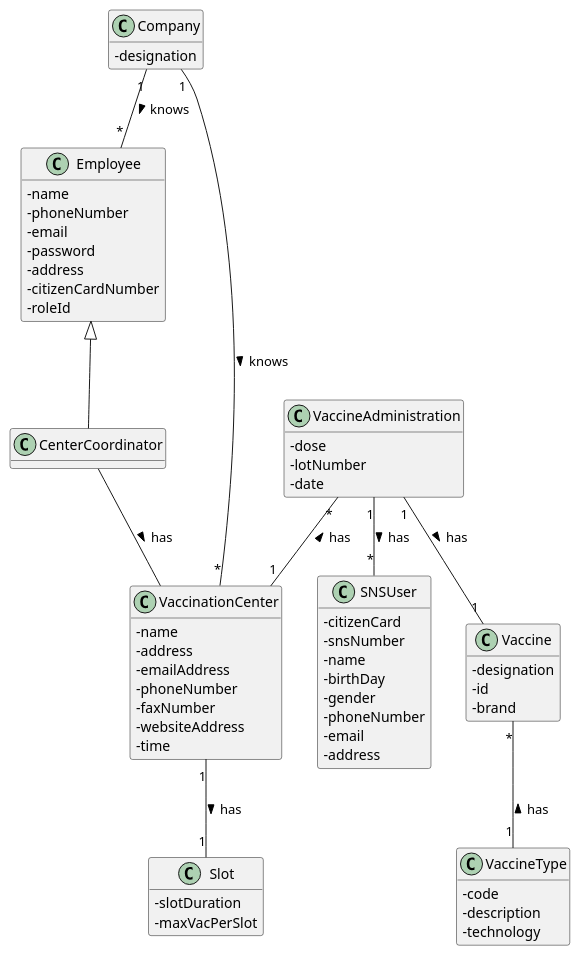
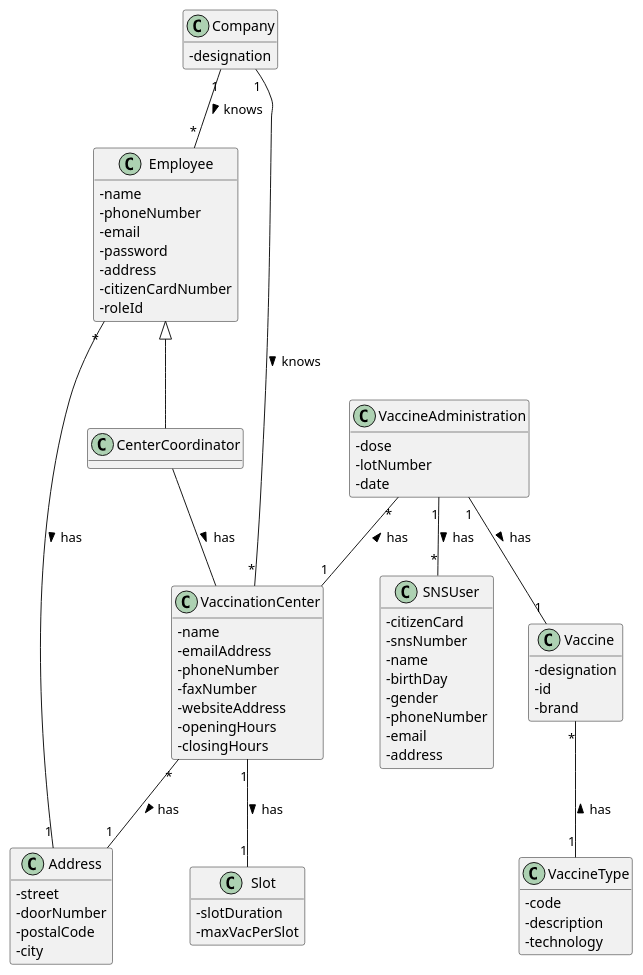
The diagram in docs/SprintD/US15/DM/US15_DM.puml (miseEnPlace-i/lapr2), drawn with PlantUML before and after one commit. The commit also changed 1 other file, not shown here.

Commit message:
docs(US15): updated DM (added Address class) and added new DM.svg

```diff
--- a/docs/SprintD/US15/DM/US15_DM.puml
+++ b/docs/SprintD/US15/DM/US15_DM.puml
@@ -1,79 +1,88 @@
 @startuml US15_DM
 hide methods
 skinparam classAttributeIconSize 0
 
 class Company {
   -designation
 }
 
 class CenterCoordinator {}
 
 class Employee {
   -name
   -phoneNumber
   -email
   -password
   -address
   -citizenCardNumber
   -roleId
 }
 
 class VaccinationCenter{
   -name
-  -address
   -emailAddress
   -phoneNumber
   -faxNumber
   -websiteAddress
-  -time
+  -openingHours
+  -closingHours
+}
+
+class Address {
+  -street
+  -doorNumber
+  -postalCode
+  -city
 }
 
 class Slot {
   -slotDuration
   -maxVacPerSlot
 }
 
 class VaccineAdministration {
   -dose
   -lotNumber
   -date
 }
 
 class SNSUser {
   - citizenCard
   - snsNumber
   - name
   - birthDay
   - gender
   - phoneNumber
   - email
   - address
 }
 
 class Vaccine {
   -designation
   -id
   -brand
 }
 
 class VaccineType {
   -code 
   -description
   -technology
 }
 
 Company "1" -- "*" Employee : knows >
 Company "1" -- "*" VaccinationCenter : knows >
 
 Employee <|-- CenterCoordinator
+Employee "*" -- "1" Address : has >
 
 CenterCoordinator -- VaccinationCenter : has >
 
 VaccinationCenter "1"-- "1" Slot : has >
+VaccinationCenter "*" -- "1" Address : has >
 
 VaccineAdministration "*" -- "1" VaccinationCenter : has <
 VaccineAdministration "1" -- "*" SNSUser : has >
 VaccineAdministration "1" -- "1" Vaccine : has > 
 Vaccine "*" -- "1" VaccineType : has <
 
 @enduml
```
